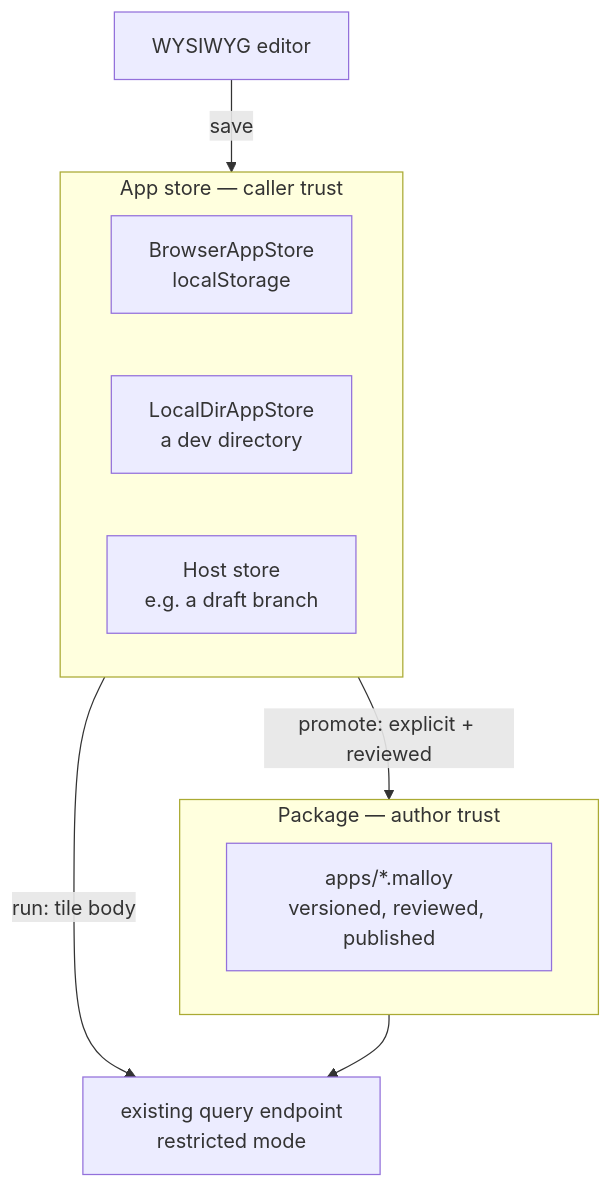
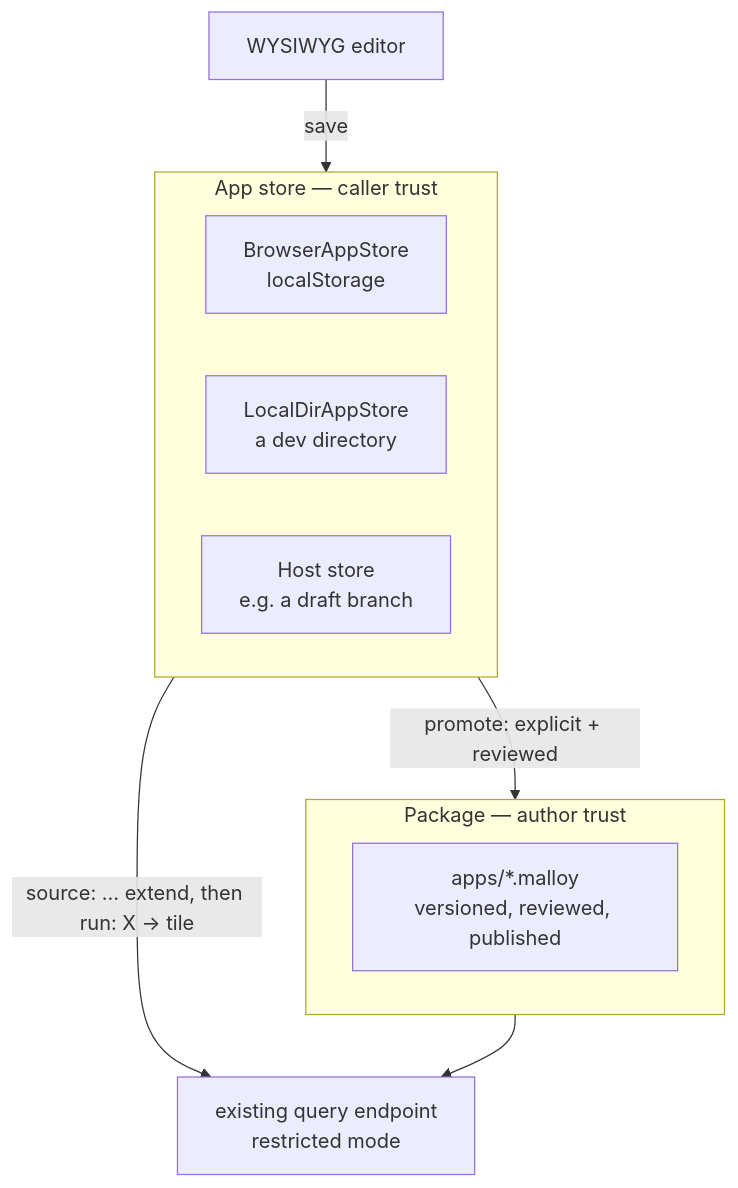
Before and after one commit to malloydata/publisher: the diagram in docs/malloy-apps-v2.md, drawn with Mermaid. The commit also changed other lines of this file, not shown here.

First line of the commit message:
docs(apps): make the unit a source extension, and split the design into editor and north star

````diff
--- a/docs/malloy-apps-v2.md
+++ b/docs/malloy-apps-v2.md
@@ -158,16 +252,16 @@
 ```mermaid
 flowchart TB
   subgraph store ["App store — caller trust"]
     direction LR
     b["BrowserAppStore<br/>localStorage"]
     l["LocalDirAppStore<br/>a dev directory"]
     g["Host store<br/>e.g. a draft branch"]
   end
   subgraph pkg ["Package — author trust"]
     p["apps/*.malloy<br/>versioned, reviewed, published"]
   end
   ed["WYSIWYG editor"] -->|save| store
-  store -->|"run: tile body"| q["existing query endpoint<br/>restricted mode"]
+  store -->|"source: … extend, then run: X -> tile"| q["existing query endpoint<br/>restricted mode"]
   store -->|"promote: explicit + reviewed"| pkg
   pkg --> q
 ```
````
